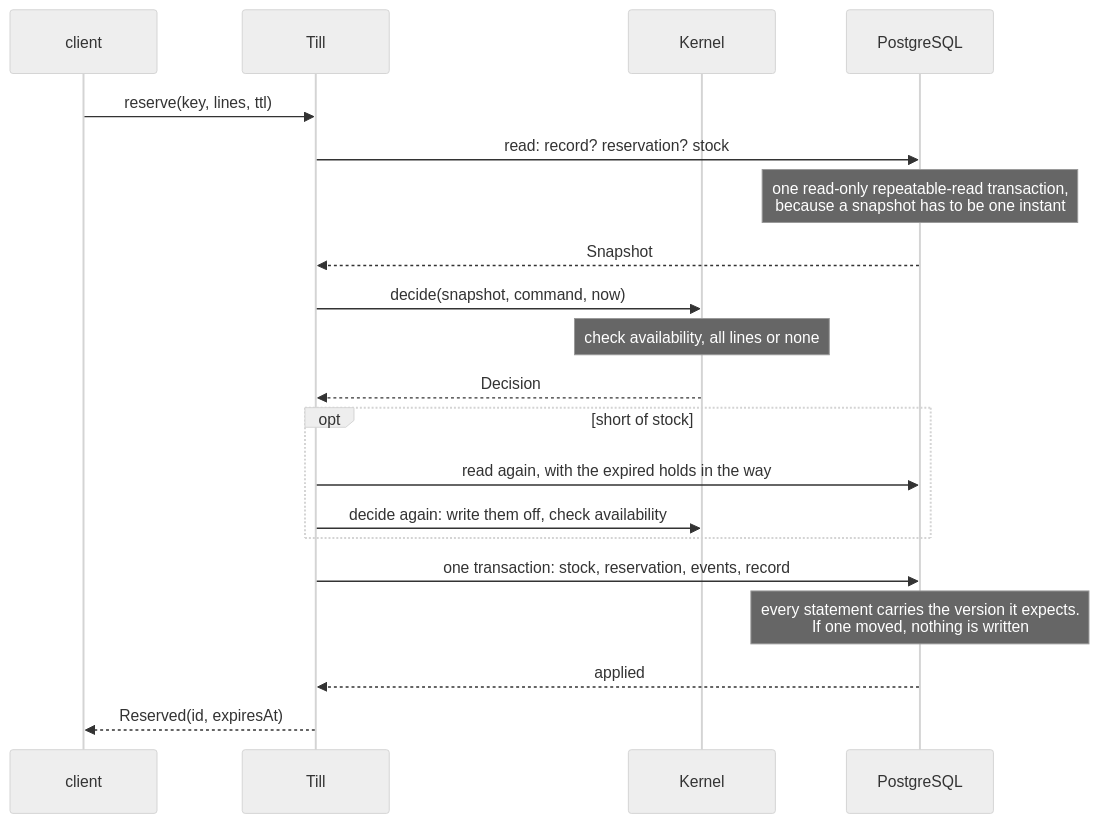
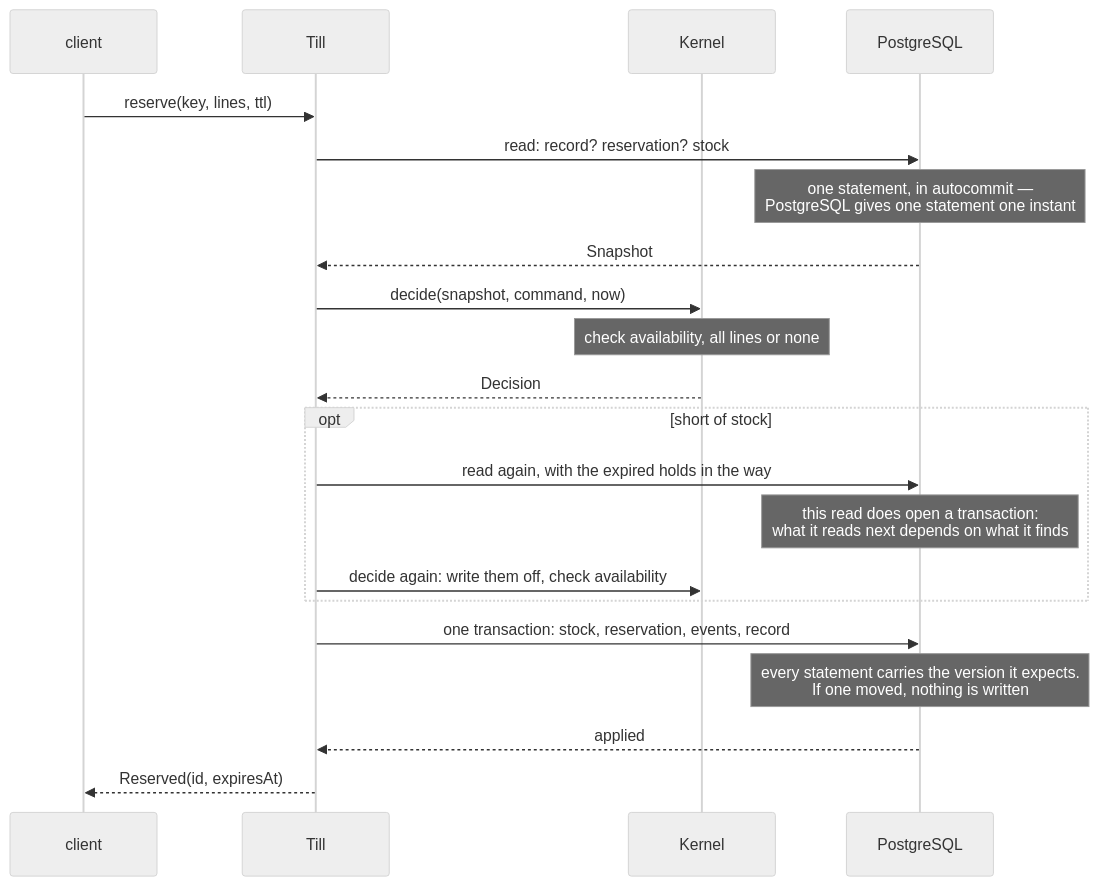
One commit to jason-te-sde/till changed the third of 3 diagrams in README.md. Above: the diagram before and after it, drawn with Mermaid (neutral theme). The commit also changed other lines of this file and 7 other files, not shown here.

First line of the commit message:
A lean load reads its snapshot in one statement, not a transaction (#42)

````diff
--- a/README.md
+++ b/README.md
@@ -333,23 +333,24 @@
 ```mermaid
 sequenceDiagram
     participant C as client
     participant T as Till
     participant K as Kernel
     participant D as PostgreSQL
 
     C->>T: reserve(key, lines, ttl)
     T->>D: read: record? reservation? stock
-    Note over D: one read-only repeatable-read transaction,<br/>because a snapshot has to be one instant
+    Note over D: one statement, in autocommit —<br/>PostgreSQL gives one statement one instant
     D-->>T: Snapshot
     T->>K: decide(snapshot, command, now)
     Note over K: check availability, all lines or none
     K-->>T: Decision
     opt short of stock
         T->>D: read again, with the expired holds in the way
+        Note over D: this read does open a transaction:<br/>what it reads next depends on what it finds
         T->>K: decide again: write them off, check availability
     end
     T->>D: one transaction: stock, reservation, events, record
     Note over D: every statement carries the version it expects.<br/>If one moved, nothing is written
     D-->>T: applied
     T-->>C: Reserved(id, expiresAt)
 ```
````
